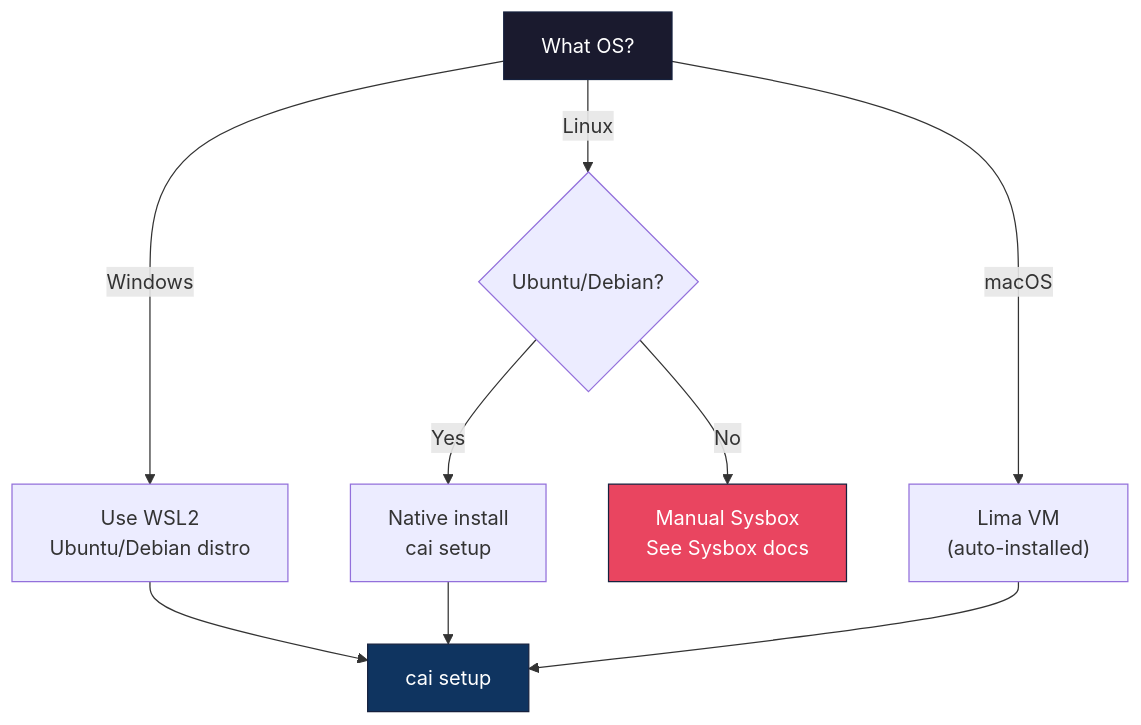
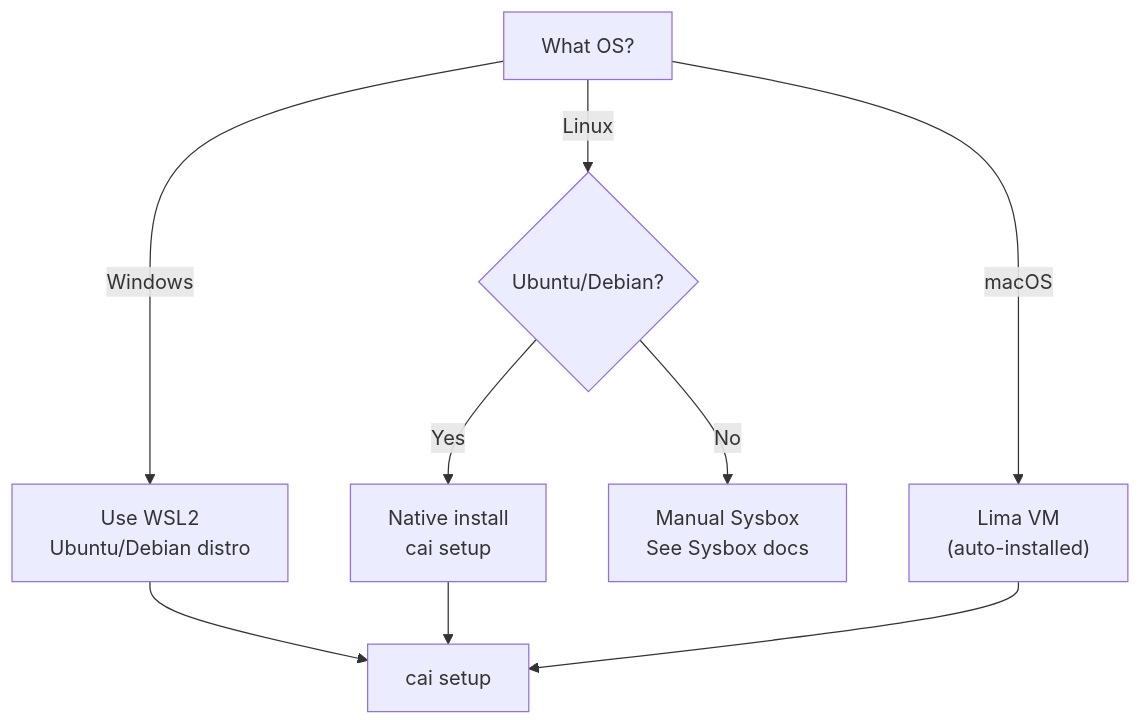
Before and after one commit to novotnyllc/ContainAI: the second of 2 diagrams in docs/setup-guide.md, drawn with Mermaid. The commit also changed other lines of this file and 14 other files, not shown here.

````diff
--- a/docs/setup-guide.md
+++ b/docs/setup-guide.md
@@ -182,18 +177,15 @@
 ```mermaid
 flowchart TD
     Start["What OS?"]
     Start -->|Windows| WSL["Use WSL2<br/>Ubuntu/Debian distro"]
     Start -->|Linux| Linux{"Ubuntu/Debian?"}
     Start -->|macOS| Mac["Lima VM<br/>(auto-installed)"]
 
     Linux -->|Yes| Native["Native install<br/>cai setup"]
     Linux -->|No| Manual["Manual Sysbox<br/>See Sysbox docs"]
 
     WSL --> Setup["cai setup"]
     Native --> Setup
     Mac --> Setup
 
-    style Start fill:#1a1a2e,stroke:#16213e,color:#fff
-    style Setup fill:#0f3460,stroke:#16213e,color:#fff
-    style Manual fill:#e94560,stroke:#16213e,color:#fff
 ```
````
